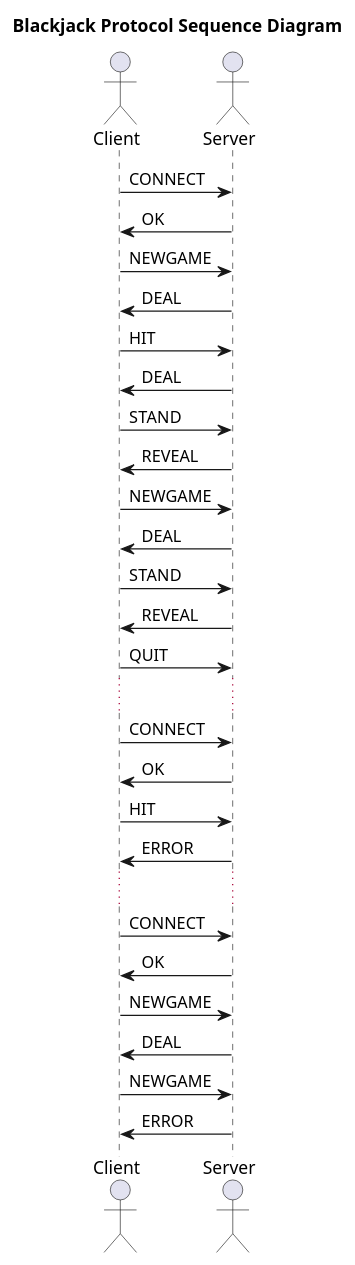
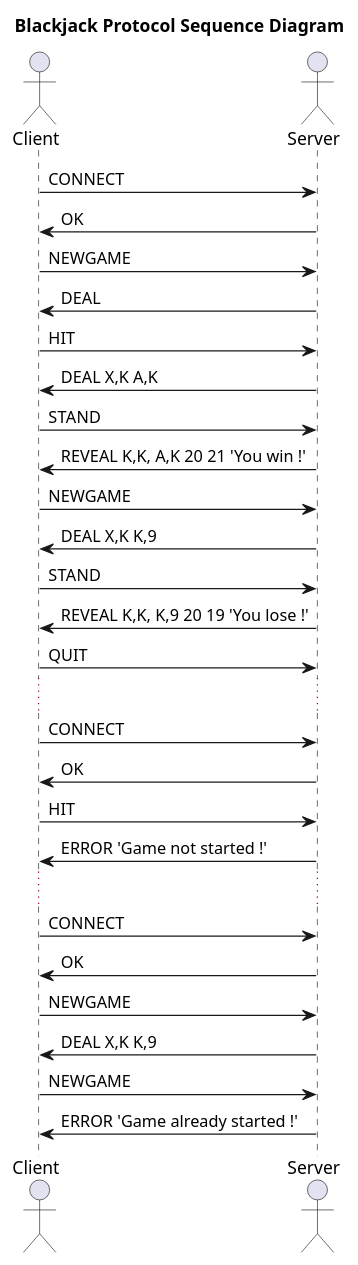
One commit to OlinB/heig-vd-dai-pw-2 changed the diagram in flux.puml. Above: the diagram before and after it, drawn with PlantUML.

Commit message:
add info to uml

```diff
--- a/flux.puml
+++ b/flux.puml
@@ -1,33 +1,33 @@
 @startuml
 title Blackjack Protocol Sequence Diagram
 
 actor Client
 actor Server
 Client -> Server : CONNECT
 Server -> Client : OK
 Client -> Server : NEWGAME
 Server -> Client : DEAL
 Client -> Server : HIT
-Server -> Client : DEAL
+Server -> Client : DEAL X,K A,K
 Client -> Server : STAND
-Server -> Client : REVEAL
+Server -> Client : REVEAL K,K, A,K 20 21 'You win !'
 Client -> Server : NEWGAME
-Server -> Client : DEAL
+Server -> Client : DEAL X,K K,9
 Client -> Server : STAND
-Server -> Client : REVEAL
+Server -> Client : REVEAL K,K, K,9 20 19 'You lose !'
 Client -> Server : QUIT
 ...
 Client -> Server : CONNECT
 Server -> Client : OK
 Client -> Server : HIT
-Server -> Client : ERROR
+Server -> Client : ERROR 'Game not started !'
 ...
 Client -> Server : CONNECT
 Server -> Client : OK
 Client -> Server : NEWGAME
-Server -> Client : DEAL
+Server -> Client : DEAL X,K K,9
 Client -> Server : NEWGAME
-Server -> Client : ERROR
+Server -> Client : ERROR 'Game already started !'
 
 
 @enduml
```
